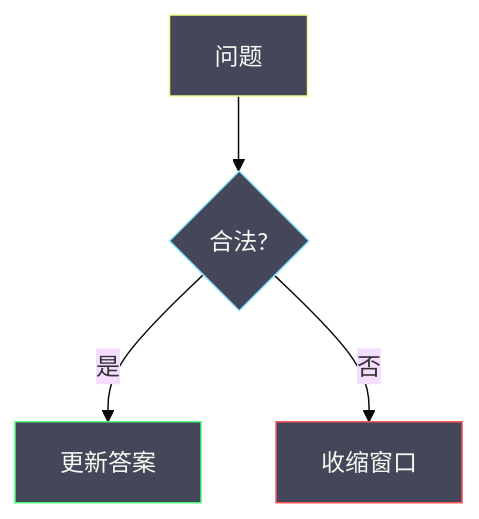
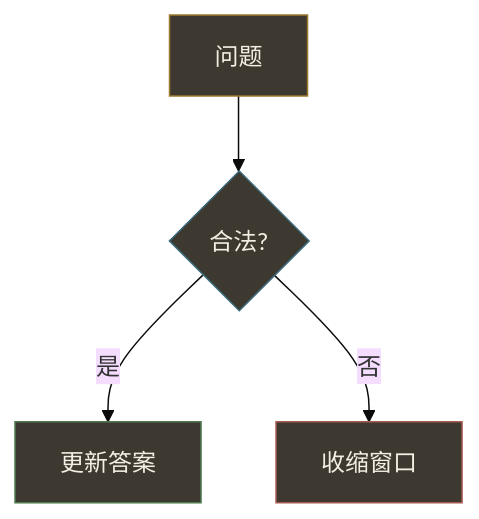
Before and after one commit to socoo123/algorithm_pratices_web: the diagram in solutions/MERMAID.md, drawn with Mermaid (base theme). The commit also changed other lines of this file and 12 other files, not shown here.

````diff
--- a/solutions/MERMAID.md
+++ b/solutions/MERMAID.md
@@ -17,11 +17,11 @@
 ```mermaid
 flowchart TD
     A[问题] --> B{"合法?"}
     B -->|是| C[更新答案]
     B -->|否| D[收缩窗口]
 
-    style A fill:#44475a,stroke:#f1fa8c,color:#f8f8f2
-    style B fill:#44475a,stroke:#8be9fd,color:#f8f8f2
-    style C fill:#44475a,stroke:#50fa7b,color:#f8f8f2
-    style D fill:#44475a,stroke:#ff5555,color:#f8f8f2
+    style A fill:#3d3830,stroke:#9a7b2e,color:#f4efe4
+    style B fill:#3d3830,stroke:#3a6b7c,color:#f4efe4
+    style C fill:#3d3830,stroke:#4f7a4e,color:#f4efe4
+    style D fill:#3d3830,stroke:#a85a52,color:#f4efe4
 ```
````
